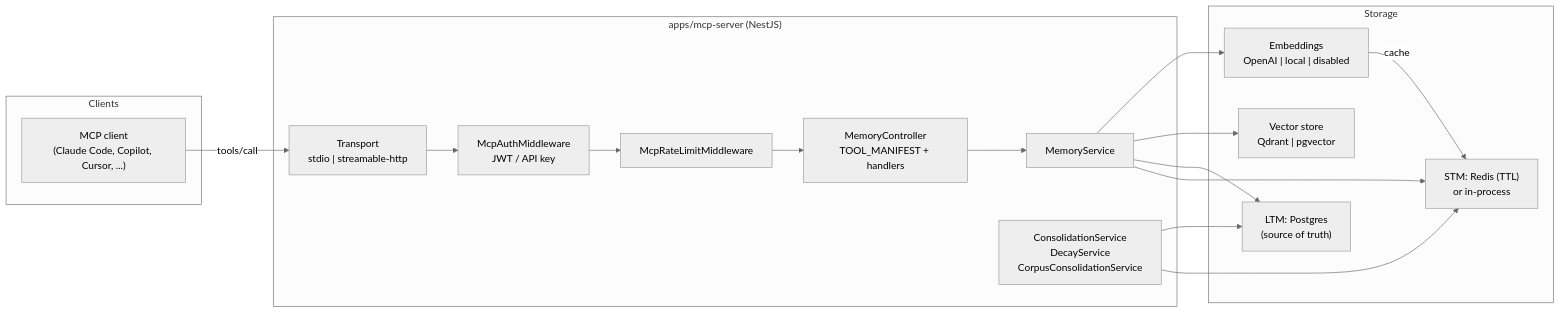
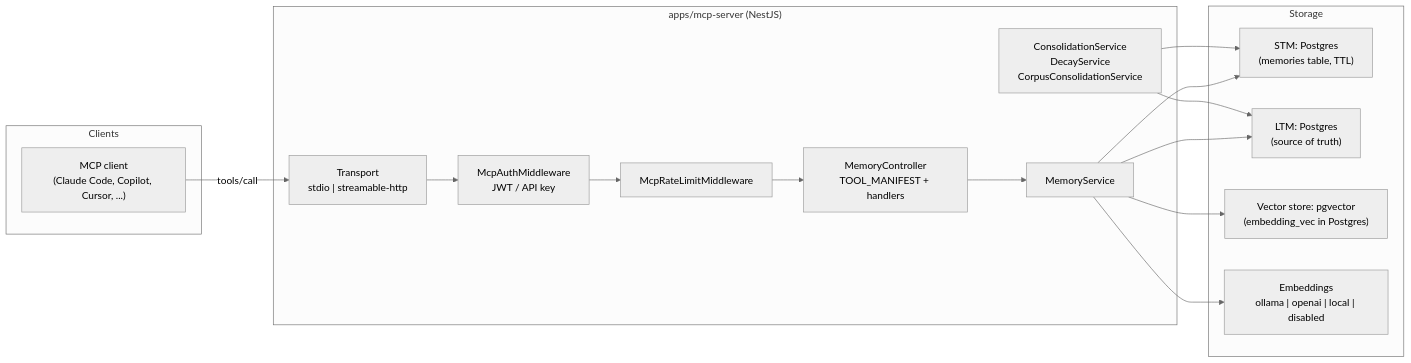
The diagram in apps/docs/src/content/docs/architecture/index.mdx (osirison/engram), drawn with Mermaid (neutral theme) before and after one commit. The commit also changed other lines of this file and 41 other files, not shown here.

````diff
--- a/apps/docs/src/content/docs/architecture/index.mdx
+++ b/apps/docs/src/content/docs/architecture/index.mdx
@@ -23,31 +23,30 @@
 ```mermaid
 flowchart LR
   subgraph Clients
     A["MCP client<br/>(Claude Code, Copilot, Cursor, ...)"]
   end
 
   subgraph Server["apps/mcp-server (NestJS)"]
     T["Transport<br/>stdio | streamable-http"]
     AUTH["McpAuthMiddleware<br/>JWT / API key"]
     RATE["McpRateLimitMiddleware"]
     MC["MemoryController<br/>TOOL_MANIFEST + handlers"]
     MS["MemoryService"]
     CONS["ConsolidationService<br/>DecayService<br/>CorpusConsolidationService"]
   end
 
   subgraph Storage
-    STM["STM: Redis (TTL)<br/>or in-process"]
+    STM["STM: Postgres<br/>(memories table, TTL)"]
     LTM["LTM: Postgres<br/>(source of truth)"]
-    VS["Vector store<br/>Qdrant | pgvector"]
-    EMB["Embeddings<br/>OpenAI | local | disabled"]
+    VS["Vector store: pgvector<br/>(embedding_vec in Postgres)"]
+    EMB["Embeddings<br/>ollama | openai | local | disabled"]
   end
 
   A -->|tools/call| T --> AUTH --> RATE --> MC --> MS
   MS --> STM
   MS --> LTM
   MS --> VS
   MS --> EMB
   CONS --> STM
   CONS --> LTM
-  EMB -->|cache| STM
 ```
````
